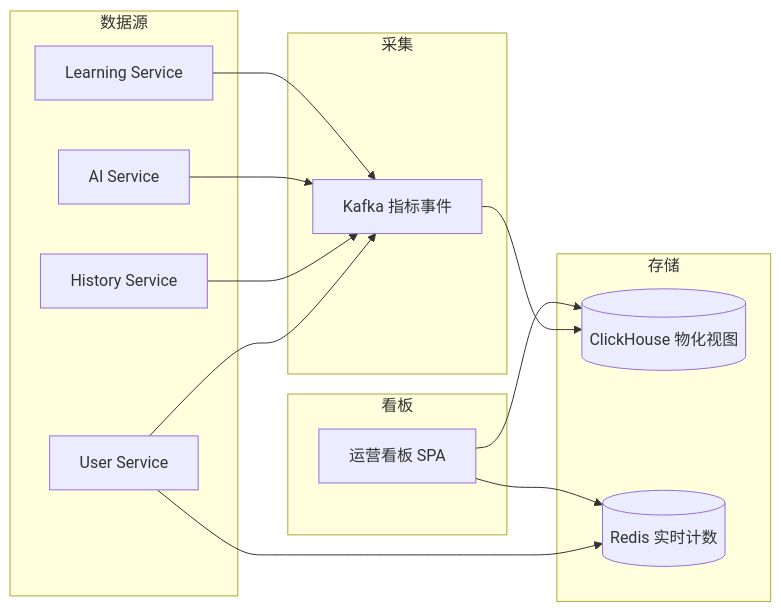
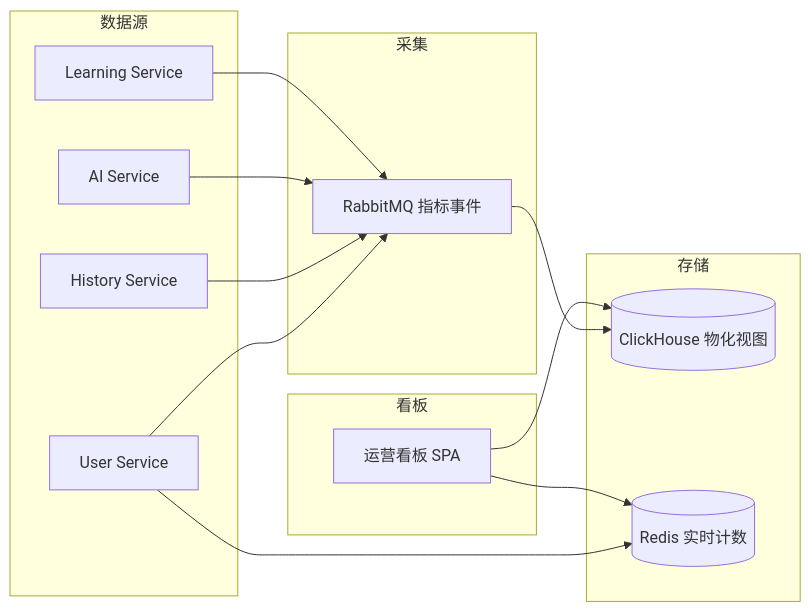
One commit to zhangzhenling/TCM-History-AI changed the third of 5 diagrams in 11-后台管理设计.md. Above: the diagram before and after it, drawn with Mermaid. The commit also changed other lines of this file and 8 other files, not shown here.

````diff
--- a/11-后台管理设计.md
+++ b/11-后台管理设计.md
@@ -248,27 +248,27 @@
 ```mermaid
 graph LR
     subgraph 数据源
         US2[User Service]
         HS2[History Service]
         AIS2[AI Service]
         LS2[Learning Service]
     end
     subgraph 采集
-        K2[Kafka 指标事件]
+        K2[RabbitMQ 指标事件]
     end
     subgraph 存储
         CH[(ClickHouse 物化视图)]
         RD2[(Redis 实时计数)]
     end
     subgraph 看板
         DB[运营看板 SPA]
     end
     US2 --> K2
     HS2 --> K2
     AIS2 --> K2
     LS2 --> K2
     K2 --> CH
     US2 --> RD2
     DB --> CH
     DB --> RD2
 ```
````
